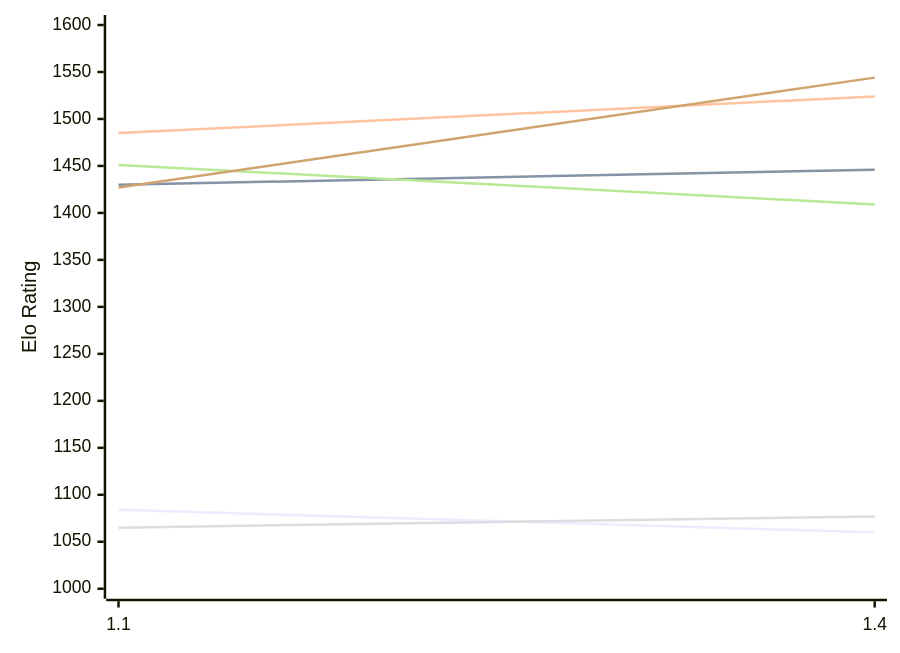
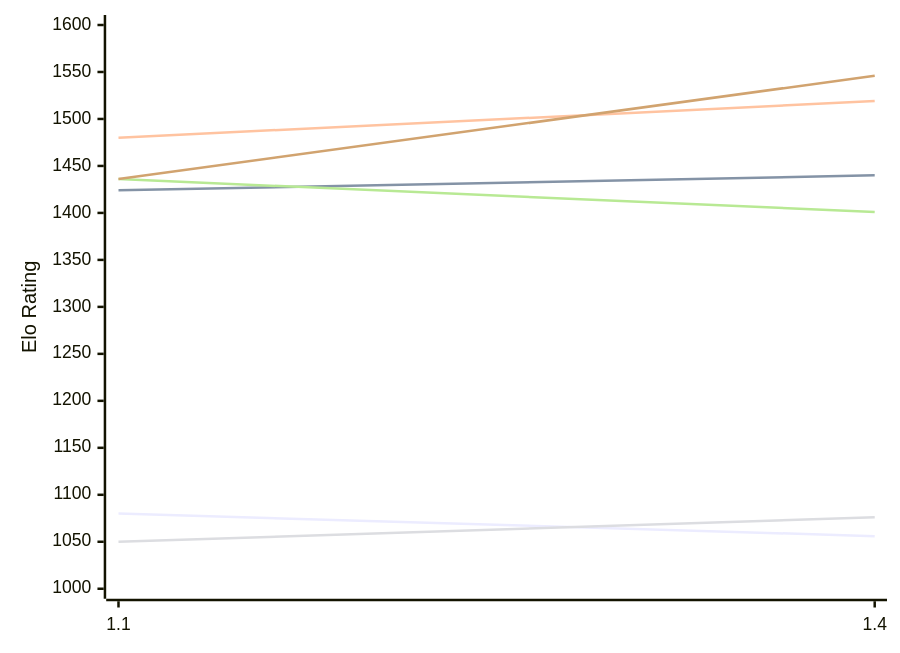
One commit to computer-chess-index/cci changed the first of 2 diagrams in engines/USunfish.md. Above: the diagram before and after it, drawn with Mermaid. The commit also changed other lines of this file, not shown here.

Commit message:
Update CCI Ratings (ELO VLTC) - 2026-11-21

````diff
--- a/engines/USunfish.md
+++ b/engines/USunfish.md
@@ -50,12 +50,12 @@
 ```mermaid
 %%{init: {"theme":"base","themeVariables":{"seriesColors:['#a3a3a3','#222221','#faa371']}}}%%
 xychart-beta
   x-axis ["1.1", "1.4"]
   y-axis "Elo Rating" 1000 --> 1600
-  line "E1: STC (8.0+0.08s)" [1084, 1060]
-  line "E1: LTC (60.0+0.60s)" [1430, 1446]
-  line "E1: VLTC (2m24s+1.12s)" [1485, 1524]
-  line "P1: STC (8.0+0.08s)" [1065, 1077]
-  line "P1: LTC (60.0+0.60s)" [1451, 1409]
-  line "P1: VLTC (2m24s+1.12s)" [1427, 1544]
+  line "E1: STC (8.0+0.08s)" [1080, 1056]
+  line "E1: LTC (60.0+0.60s)" [1424, 1440]
+  line "E1: VLTC (2m24s+1.12s)" [1480, 1519]
+  line "P1: STC (8.0+0.08s)" [1050, 1076]
+  line "P1: LTC (60.0+0.60s)" [1436, 1401]
+  line "P1: VLTC (2m24s+1.12s)" [1436, 1546]
 ```
````
